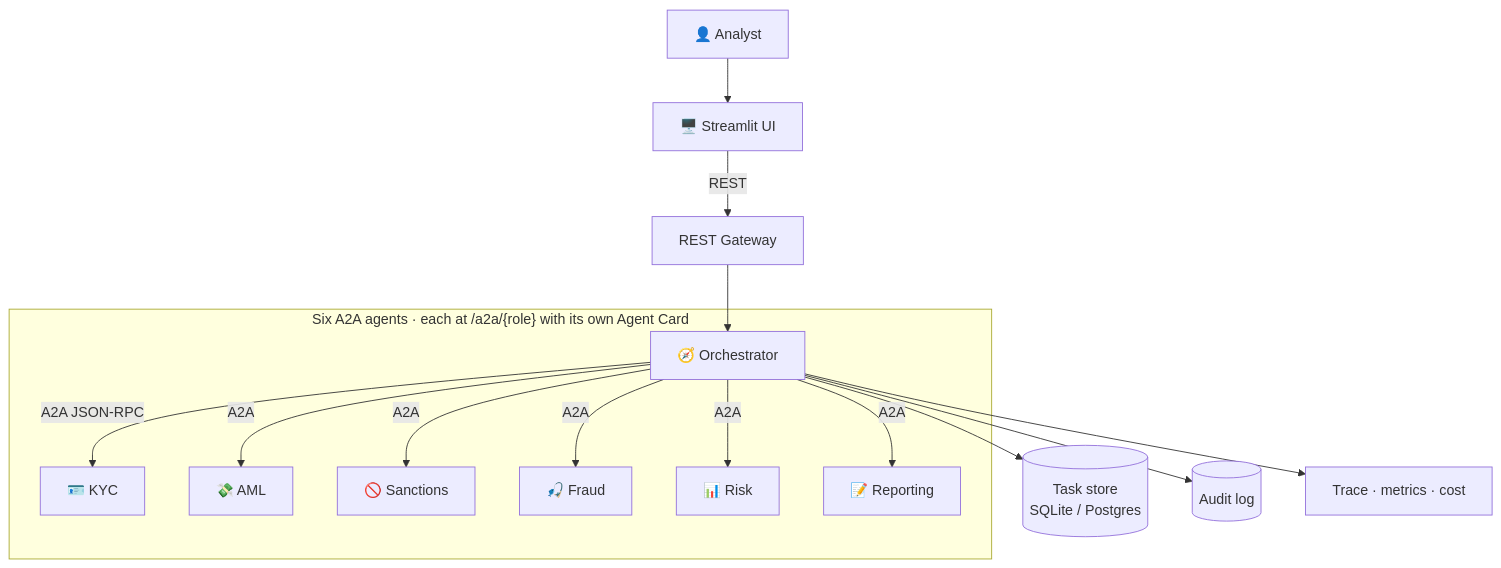
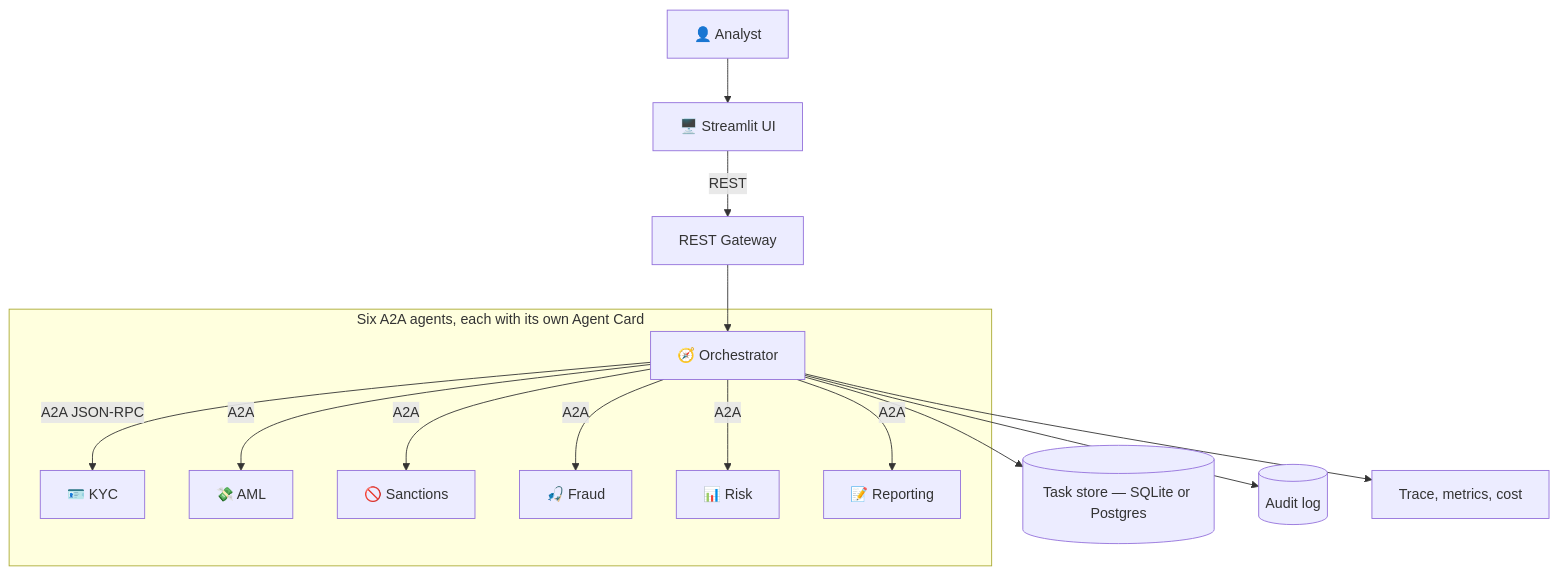
One commit to Khaledwh7/a2a-fin-investigator changed the diagram in README.md. Above: the diagram before and after it, drawn with Mermaid.

Commit message:
fix: mermaid parse error in README architecture diagram
GitHub decoded the escaped {role} braces back to { and mermaid read it as a
node shape. Removed the braces and quoted all node/subgraph labels so the
diagram renders.

````diff
--- a/README.md
+++ b/README.md
@@ -27,19 +27,19 @@
 ```mermaid
 flowchart TB
-    A[👤 Analyst] --> UI[🖥️ Streamlit UI]
-    UI -->|REST| GW[REST Gateway]
-    GW --> ORCH[🧭 Orchestrator]
+    A["👤 Analyst"] --> UI["🖥️ Streamlit UI"]
+    UI -->|REST| GW["REST Gateway"]
+    GW --> ORCH["🧭 Orchestrator"]
 
-    subgraph agents[Six A2A agents · each at /a2a/&lcub;role&rcub; with its own Agent Card]
-        ORCH -->|A2A JSON-RPC| KYC[🪪 KYC]
-        ORCH -->|A2A| AML[💸 AML]
-        ORCH -->|A2A| SANC[🚫 Sanctions]
-        ORCH -->|A2A| FRAUD[🎣 Fraud]
-        ORCH -->|A2A| RISK[📊 Risk]
-        ORCH -->|A2A| REP[📝 Reporting]
+    subgraph agents["Six A2A agents, each with its own Agent Card"]
+        ORCH -->|A2A JSON-RPC| KYC["🪪 KYC"]
+        ORCH -->|A2A| AML["💸 AML"]
+        ORCH -->|A2A| SANC["🚫 Sanctions"]
+        ORCH -->|A2A| FRAUD["🎣 Fraud"]
+        ORCH -->|A2A| RISK["📊 Risk"]
+        ORCH -->|A2A| REP["📝 Reporting"]
     end
 
-    ORCH --> STORE[(Task store<br/>SQLite / Postgres)]
-    ORCH --> AUDIT[(Audit log)]
-    ORCH --> TRACE[Trace · metrics · cost]
+    ORCH --> STORE[("Task store — SQLite or Postgres")]
+    ORCH --> AUDIT[("Audit log")]
+    ORCH --> TRACE["Trace, metrics, cost"]
 ```
````
